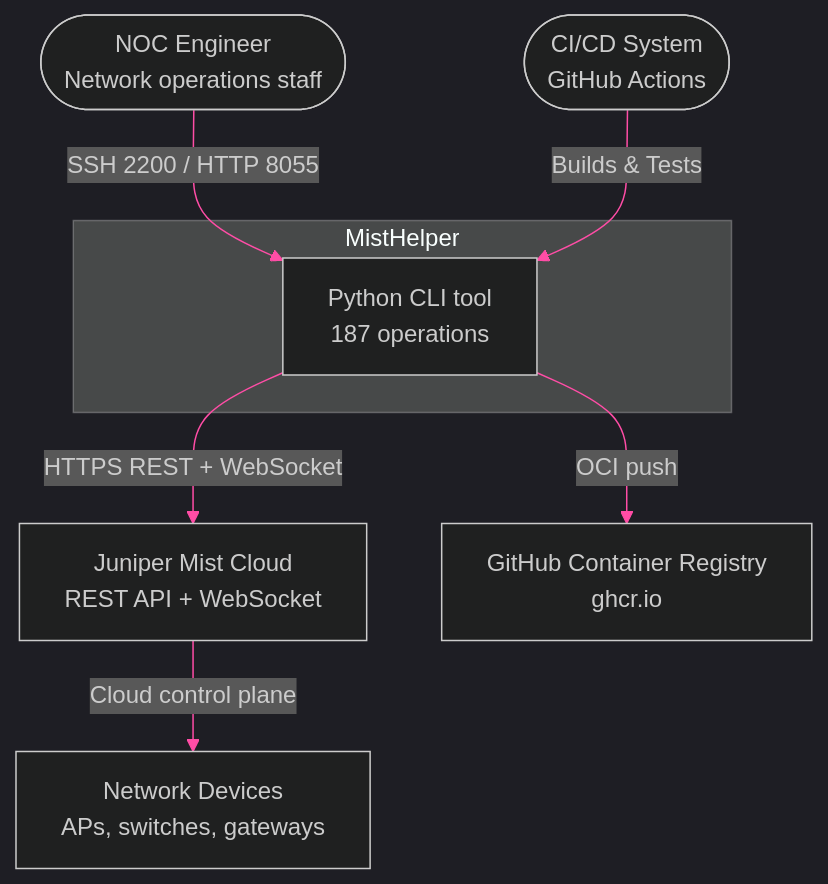
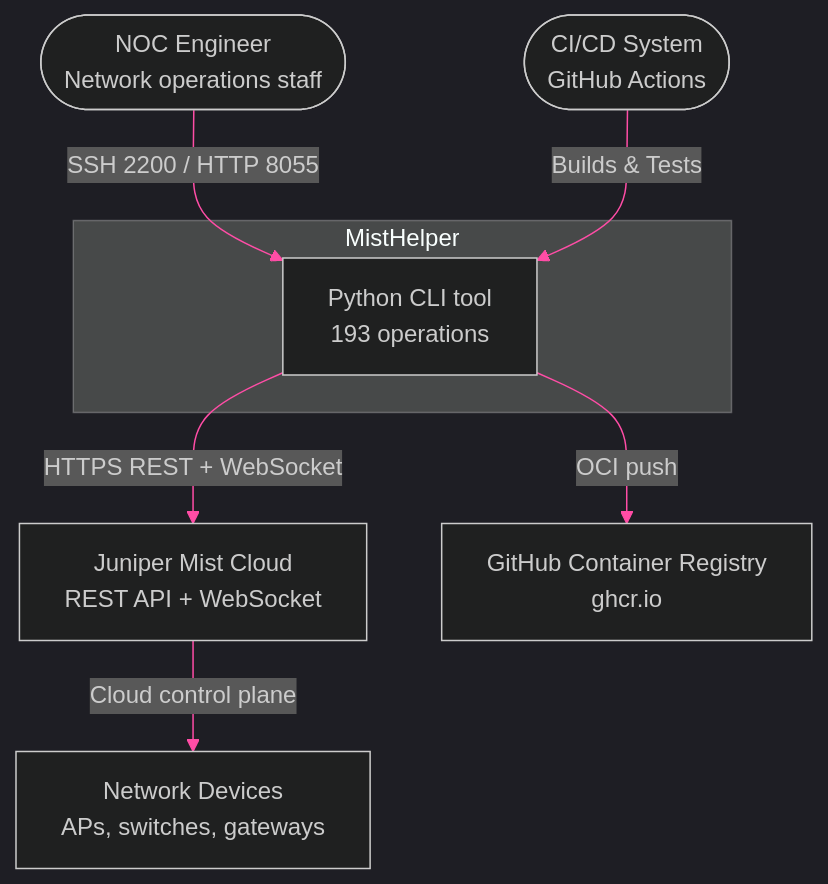
Before and after one commit to jmorrison-juniper/MistHelper: the first of 2 diagrams in documentation/diagrams/core/architecture-overview.md, drawn with Mermaid. The commit also changed other lines of this file and 5 other files, not shown here.

````diff
--- a/documentation/diagrams/core/architecture-overview.md
+++ b/documentation/diagrams/core/architecture-overview.md
@@ -11,28 +11,28 @@
 ```mermaid
 %%{init: {'theme': 'dark', 'themeVariables': {
   'primaryColor': '#E20074',
   'primaryTextColor': '#E0E0E0',
   'primaryBorderColor': '#99004D',
   'lineColor': '#FF4DA6',
   'secondaryColor': '#16213E',
   'tertiaryColor': '#1A1A2E',
   'fontFamily': 'ui-monospace, monospace'
 }}}%%
 flowchart TB
     noc_engineer(["NOC Engineer<br/>Network operations staff"])
     ci_system(["CI/CD System<br/>GitHub Actions"])
 
     subgraph misthelper["MistHelper"]
-        mh["Python CLI tool<br/>187 operations"]
+        mh["Python CLI tool<br/>193 operations"]
     end
 
     mist_cloud["Juniper Mist Cloud<br/>REST API + WebSocket"]
     ghcr["GitHub Container Registry<br/>ghcr.io"]
     network_devices["Network Devices<br/>APs, switches, gateways"]
 
     noc_engineer -->|"SSH 2200 / HTTP 8055"| mh
     ci_system -->|"Builds & Tests"| mh
     mh -->|"HTTPS REST + WebSocket"| mist_cloud
     mh -->|"OCI push"| ghcr
     mist_cloud -->|"Cloud control plane"| network_devices
 ```
````
